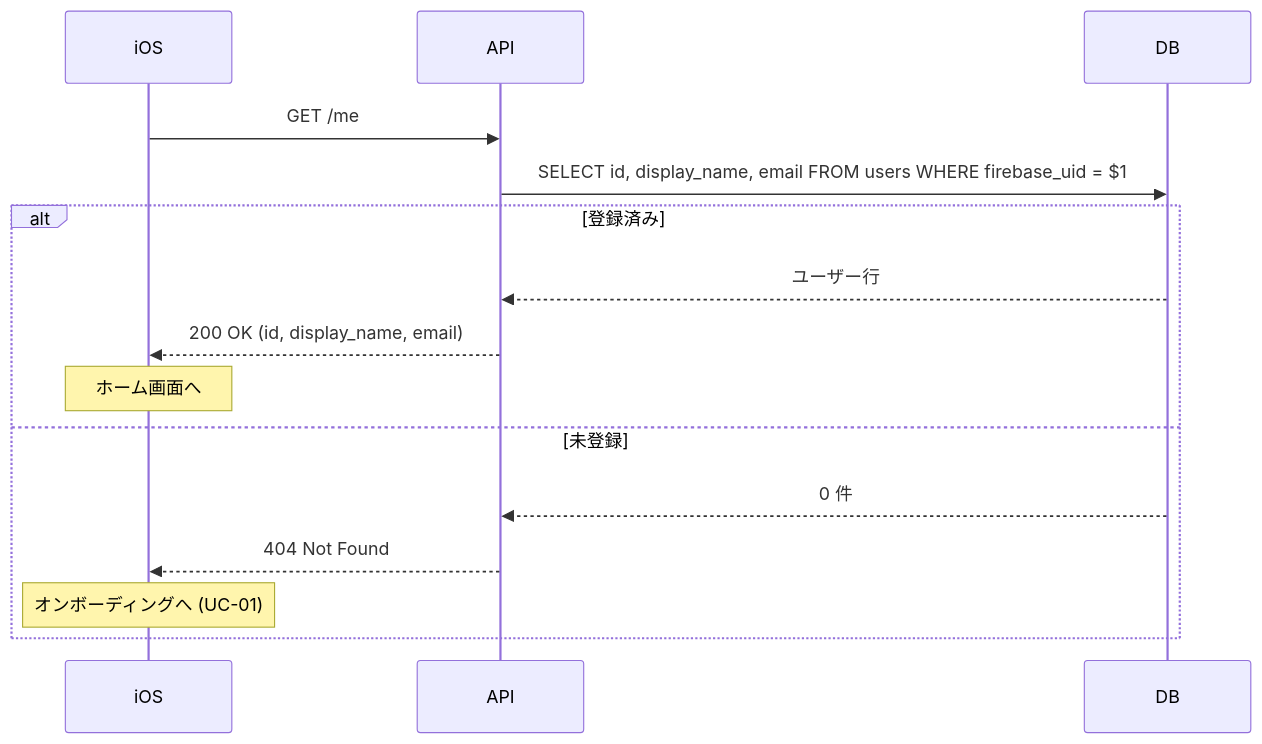
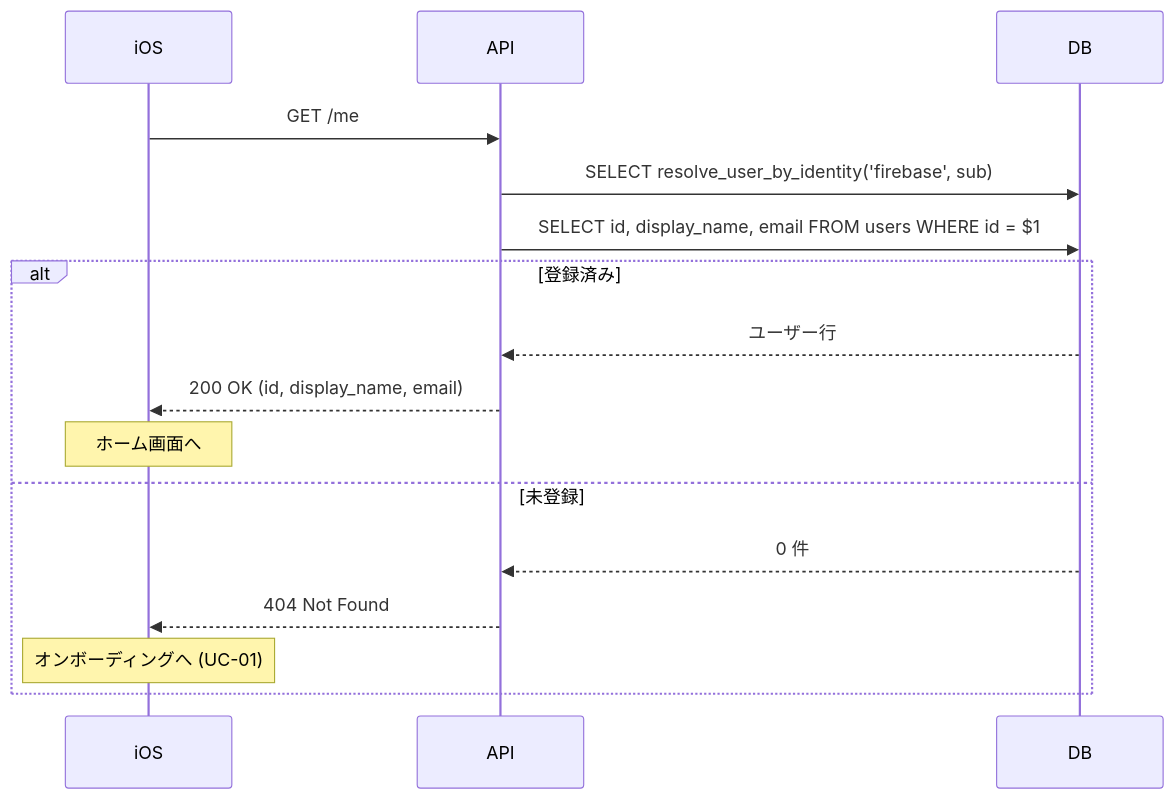
Before and after one commit to sawakishuto/himasoku-go: the fourth of 4 diagrams in docs/usecases/onboarding.md, drawn with Mermaid. The commit also changed other lines of this file and 3 other files, not shown here.

````diff
--- a/docs/usecases/onboarding.md
+++ b/docs/usecases/onboarding.md
@@ -248,19 +278,20 @@
 ```mermaid
 sequenceDiagram
     participant iOS
     participant API
     participant DB
 
     iOS->>API: GET /me
-    API->>DB: SELECT id, display_name, email FROM users WHERE firebase_uid = $1
+    API->>DB: SELECT resolve_user_by_identity('firebase', sub)
+    API->>DB: SELECT id, display_name, email FROM users WHERE id = $1
 
     alt 登録済み
         DB-->>API: ユーザー行
         API-->>iOS: 200 OK (id, display_name, email)
         Note over iOS: ホーム画面へ
     else 未登録
         DB-->>API: 0 件
         API-->>iOS: 404 Not Found
         Note over iOS: オンボーディングへ (UC-01)
     end
 ```
````
